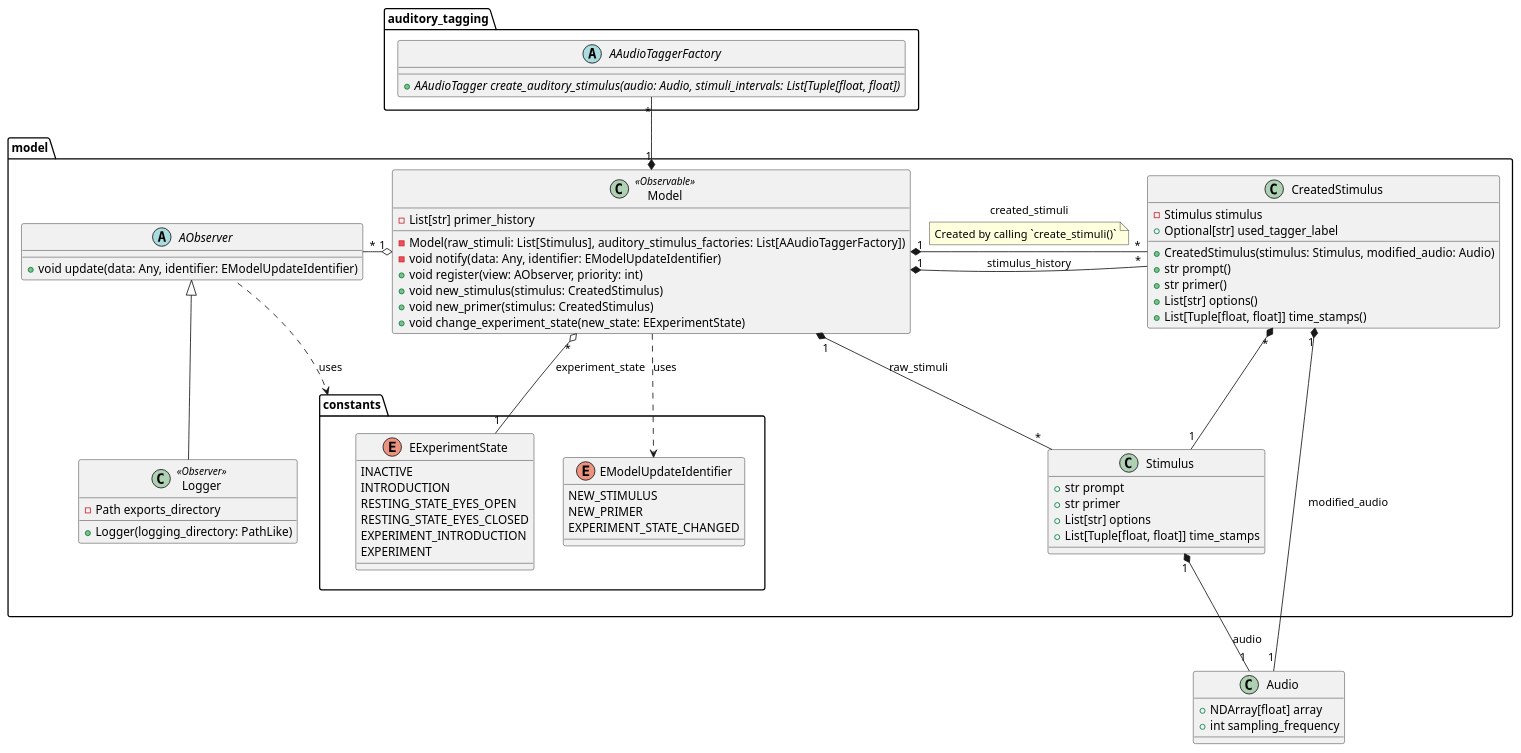
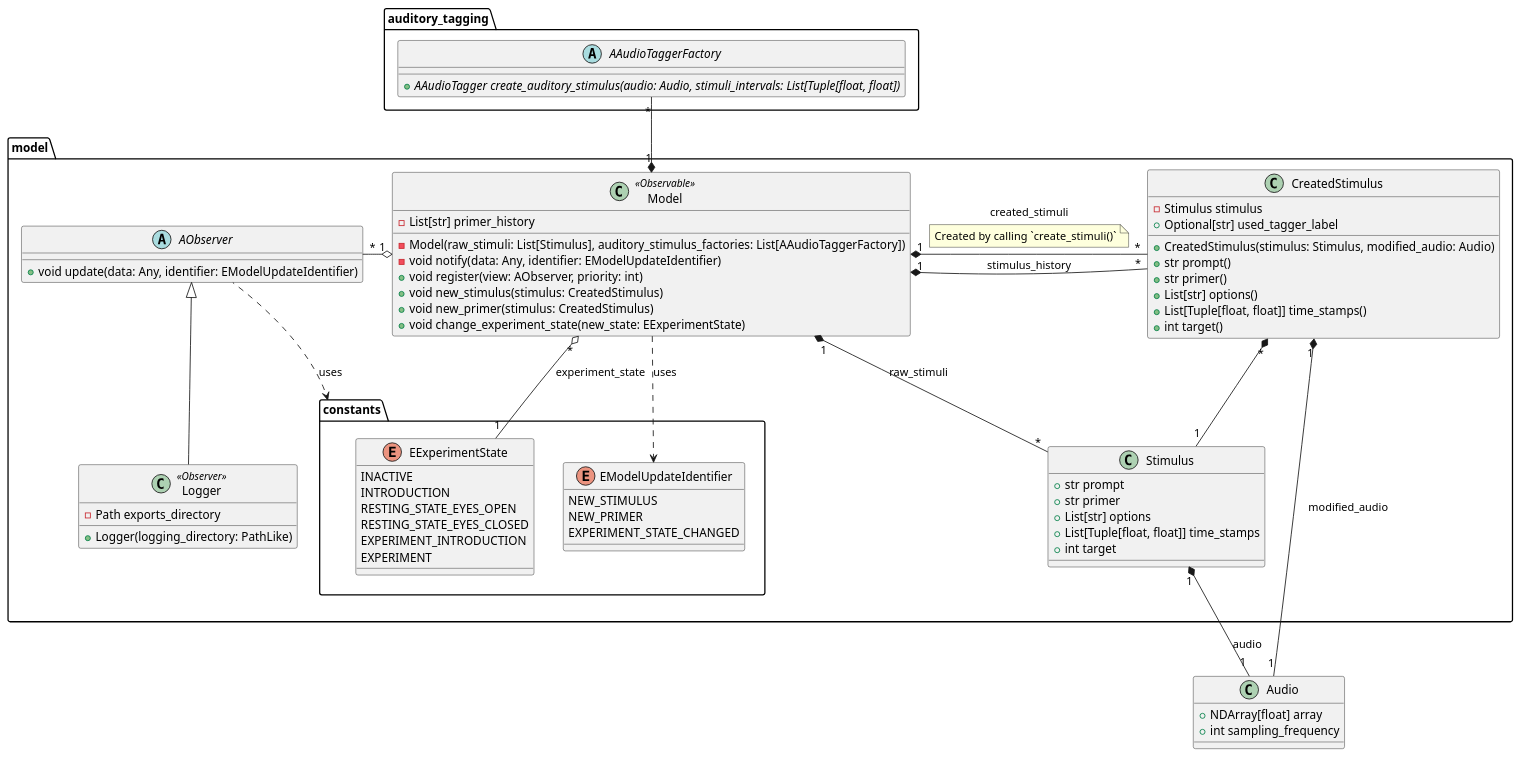
One commit to michalrzak/auditory-intention-decoding changed the diagram in diagrams/plantuml/class/model_class.puml. Above: the diagram before and after it, drawn with PlantUML. The commit also changed 19 other files, not shown here.

```diff
--- a/diagrams/plantuml/class/model_class.puml
+++ b/diagrams/plantuml/class/model_class.puml
@@ -1,88 +1,90 @@
 @startuml
 
 class Audio {
     +NDArray[float] array
     +int sampling_frequency
 }
 package auditory_tagging {
    abstract class AAudioTaggerFactory {
       +AAudioTagger {abstract} create_auditory_stimulus(audio: Audio, stimuli_intervals: List[Tuple[float, float])
     }
 }
 
 package model {
     abstract class AObserver {
         +void update(data: Any, identifier: EModelUpdateIdentifier)
     }
 
     class Model <<Observable>>{
         -List[str] primer_history
 
         -Model(raw_stimuli: List[Stimulus], auditory_stimulus_factories: List[AAudioTaggerFactory])
         -void notify(data: Any, identifier: EModelUpdateIdentifier)
         +void register(view: AObserver, priority: int)
         +void new_stimulus(stimulus: CreatedStimulus)
         +void new_primer(stimulus: CreatedStimulus)
         +void change_experiment_state(new_state: EExperimentState)
     }
 
     class Logger<<Observer>> {
         -Path exports_directory
         +Logger(logging_directory: PathLike)
     }
     Logger -u-|> AObserver
 
     package constants {
     enum EExperimentState {
         INACTIVE
         INTRODUCTION
         RESTING_STATE_EYES_OPEN
         RESTING_STATE_EYES_CLOSED
         EXPERIMENT_INTRODUCTION
         EXPERIMENT
     }
 
     enum EModelUpdateIdentifier {
         NEW_STIMULUS
         NEW_PRIMER
         EXPERIMENT_STATE_CHANGED
     }
     }
 
     class Stimulus {
         +str prompt
         +str primer
         +List[str] options
         +List[Tuple[float, float]] time_stamps
+        +int target
     }
     Stimulus "1" *-- "1" Audio: audio
 
     class CreatedStimulus {
         -Stimulus stimulus
         +Optional[str] used_tagger_label
 
         +CreatedStimulus(stimulus: Stimulus, modified_audio: Audio)
         +str prompt()
         +str primer()
         +List[str] options()
         +List[Tuple[float, float]] time_stamps()
+        +int target()
     }
     CreatedStimulus "1" *-l- "1" Audio: modified_audio
 
 
     CreatedStimulus "*" *-- "1" Stimulus
 }
 
 Model "1" *-r- "*" CreatedStimulus: "stimulus_history"
 Model "*" o--- "1" EExperimentState: "experiment_state"
 Model "1" o-l-- "*" AObserver
 Model ..> EModelUpdateIdentifier: "uses"
 
 AObserver .l.> constants: "uses"
 
 Model "1" *-u- "*" AAudioTaggerFactory
 Model "1" *-- "*" Stimulus: raw_stimuli
 Model "1" *-- "*" CreatedStimulus: created_stimuli
 note on link: Created by calling  `create_stimuli()`
 
 @enduml
```
